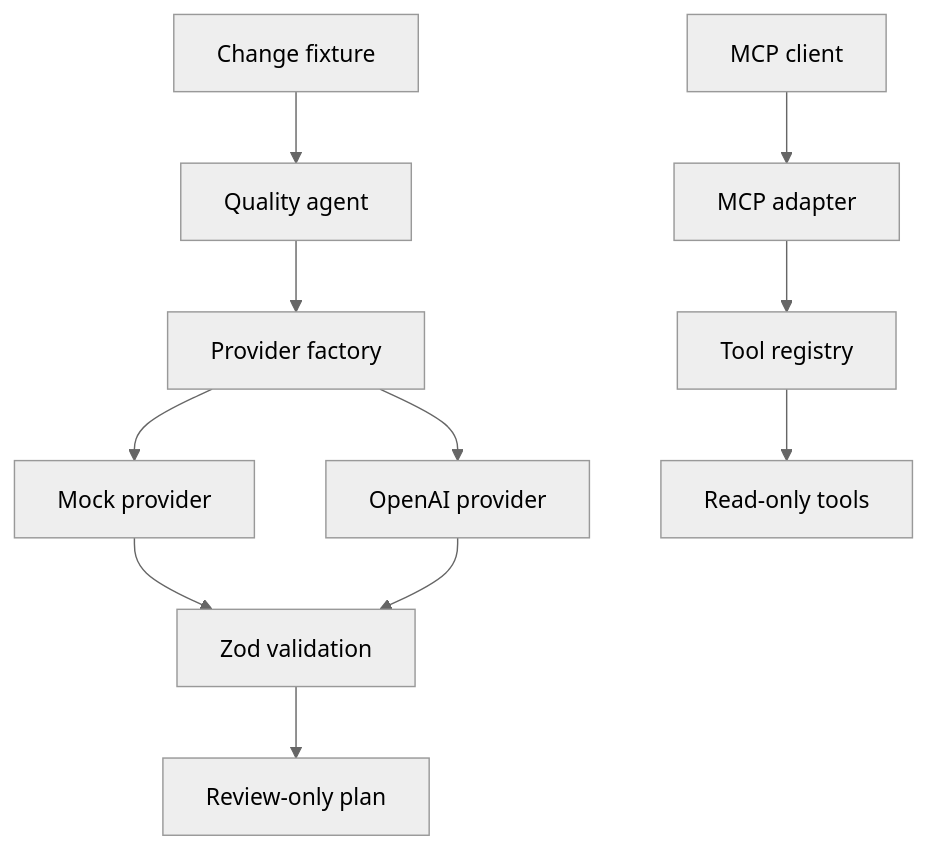
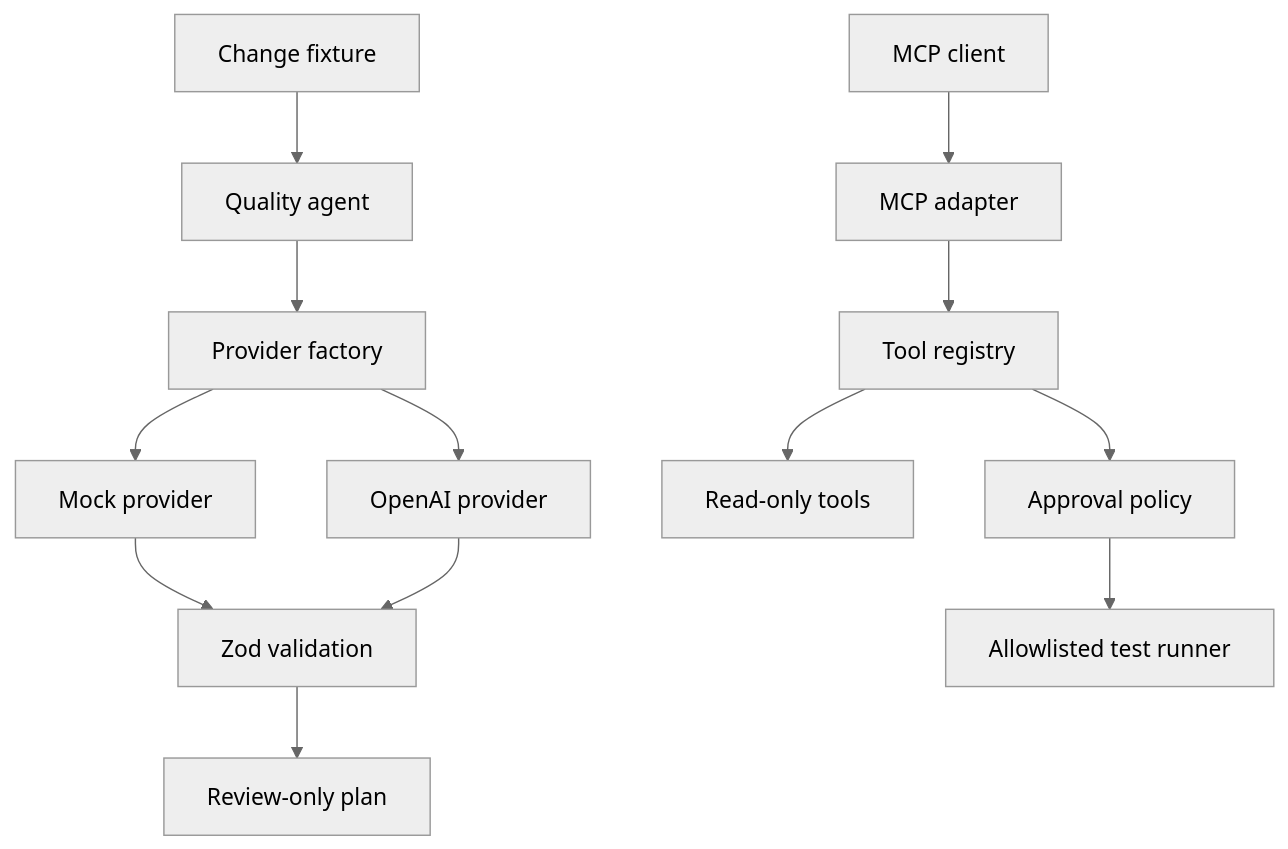
The diagram in docs/ARCHITECTURE.md (garontherocks/ai-first-quality-agent), drawn with Mermaid (neutral theme) before and after one commit. The commit also changed other lines of this file and 22 other files, not shown here.

Commit message:
Add Phase 4 safety hooks and approval policy

````diff
--- a/docs/ARCHITECTURE.md
+++ b/docs/ARCHITECTURE.md
@@ -5,13 +5,15 @@
 ```mermaid
 flowchart TD
   Change[Change fixture] --> Agent[Quality agent]
   Agent --> Factory[Provider factory]
   Factory --> Mock[Mock provider]
   Factory --> Live[OpenAI provider]
   Mock --> Schema[Zod validation]
   Live --> Schema
   Schema --> Plan[Review-only plan]
   Client[MCP client] --> MCP[MCP adapter]
   MCP --> Registry[Tool registry]
   Registry --> ReadOnly[Read-only tools]
+  Registry --> Policy[Approval policy]
+  Policy --> Execute[Allowlisted test runner]
 ```
````
